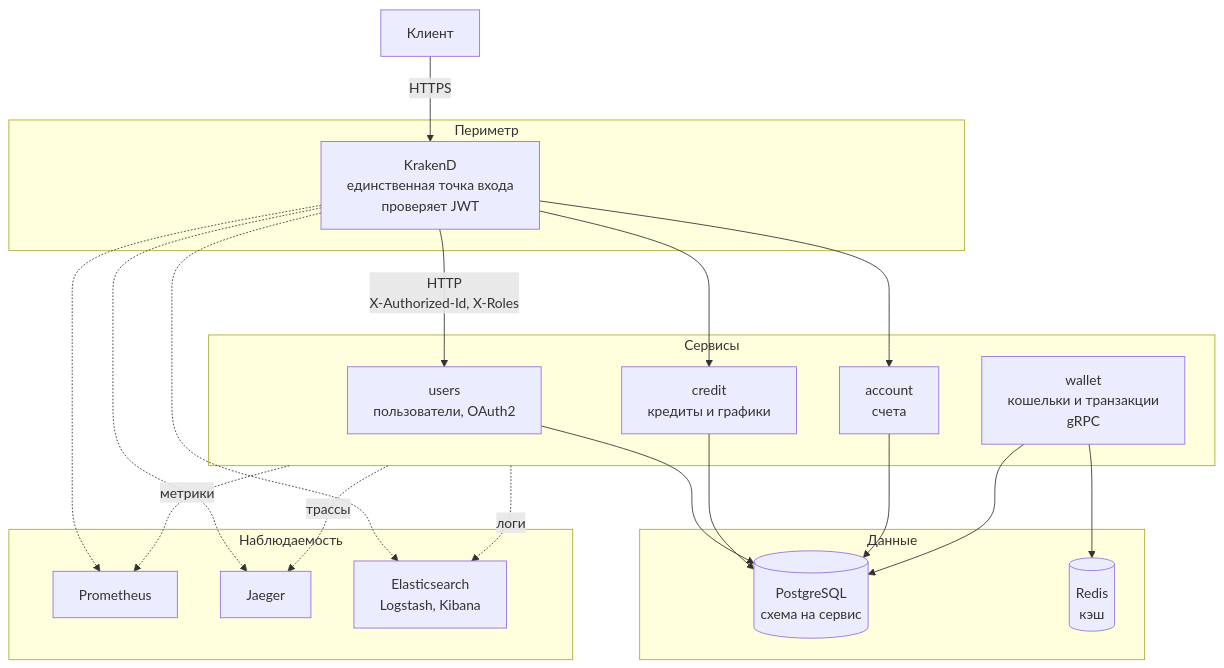
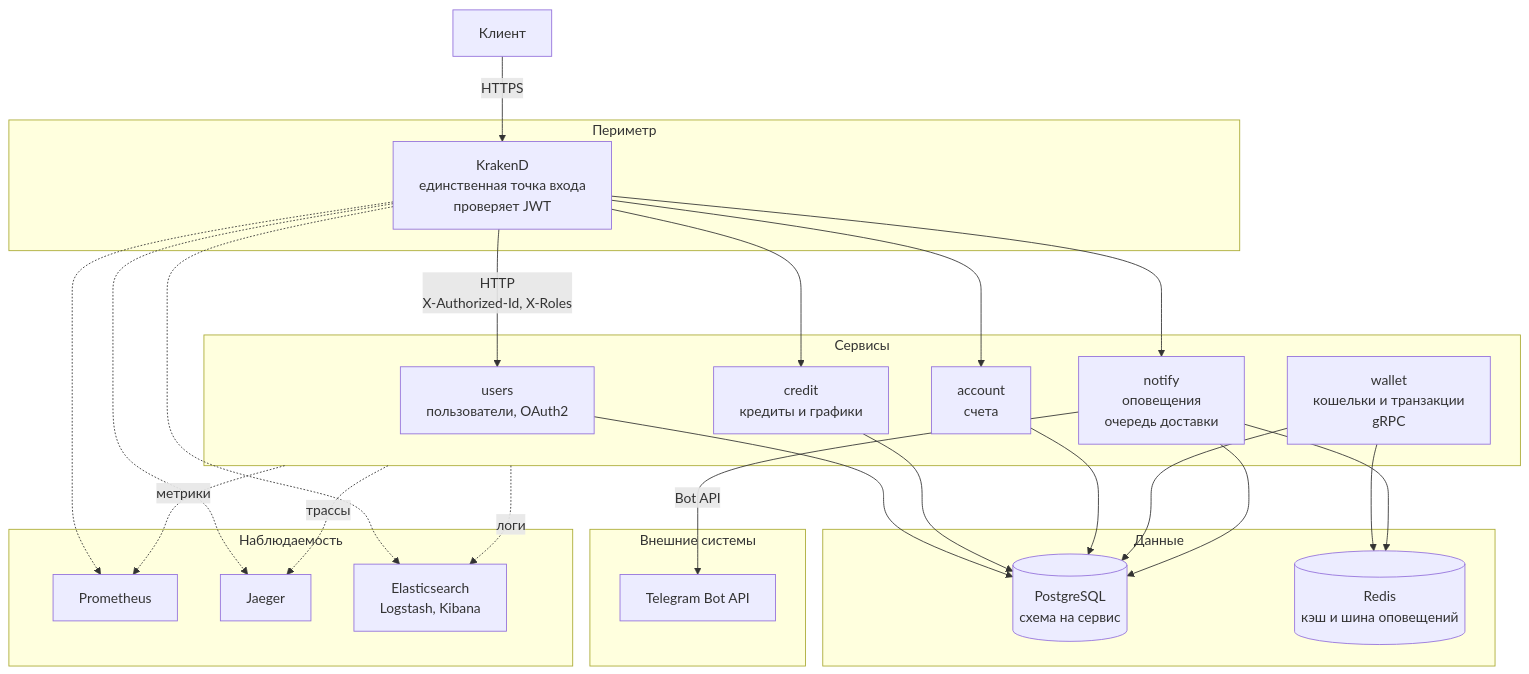
Before and after one commit to BasePractice/caldero: the second of 4 diagrams in docs/architecture/README.md, drawn with Mermaid. The commit also changed other lines of this file and 40 other files, not shown here.

First line of the commit message:
[T-059] Сервис оповещений: очередь доставки, Telegram, WebSocket и длинный опрос

````diff
--- a/docs/architecture/README.md
+++ b/docs/architecture/README.md
@@ -38,42 +38,51 @@
 ```mermaid
 graph TB
     subgraph edge["Периметр"]
         gateway["KrakenD<br/>единственная точка входа<br/>проверяет JWT"]
     end
 
     subgraph svc["Сервисы"]
         users["users<br/>пользователи, OAuth2"]
         credit["credit<br/>кредиты и графики"]
         account["account<br/>счета"]
         wallet["wallet<br/>кошельки и транзакции<br/>gRPC"]
+        notify["notify<br/>оповещения<br/>очередь доставки"]
     end
 
     subgraph data["Данные"]
         pg[("PostgreSQL<br/>схема на сервис")]
-        redis[("Redis<br/>кэш")]
+        redis[("Redis<br/>кэш и шина оповещений")]
+    end
+
+    subgraph ext["Внешние системы"]
+        telegram["Telegram Bot API"]
     end
 
     subgraph obs["Наблюдаемость"]
         prometheus["Prometheus"]
         jaeger["Jaeger"]
         elk["Elasticsearch<br/>Logstash, Kibana"]
     end
 
     client["Клиент"] -->|HTTPS| gateway
     gateway -->|"HTTP<br/>X-Authorized-Id, X-Roles"| users
     gateway --> credit
     gateway --> account
+    gateway --> notify
 
     users --> pg
     credit --> pg
     account --> pg
     wallet --> pg
     wallet --> redis
+    notify --> pg
+    notify --> redis
+    notify -->|"Bot API"| telegram
 
     svc -.->|метрики| prometheus
     svc -.->|трассы| jaeger
     svc -.->|логи| elk
     gateway -.-> prometheus
     gateway -.-> jaeger
     gateway -.-> elk
 ```
````
